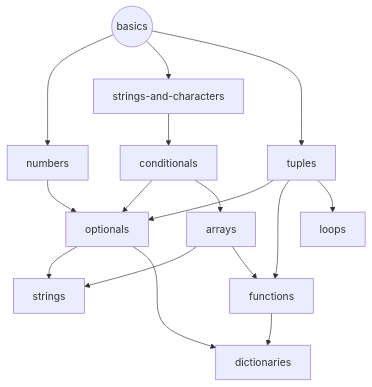
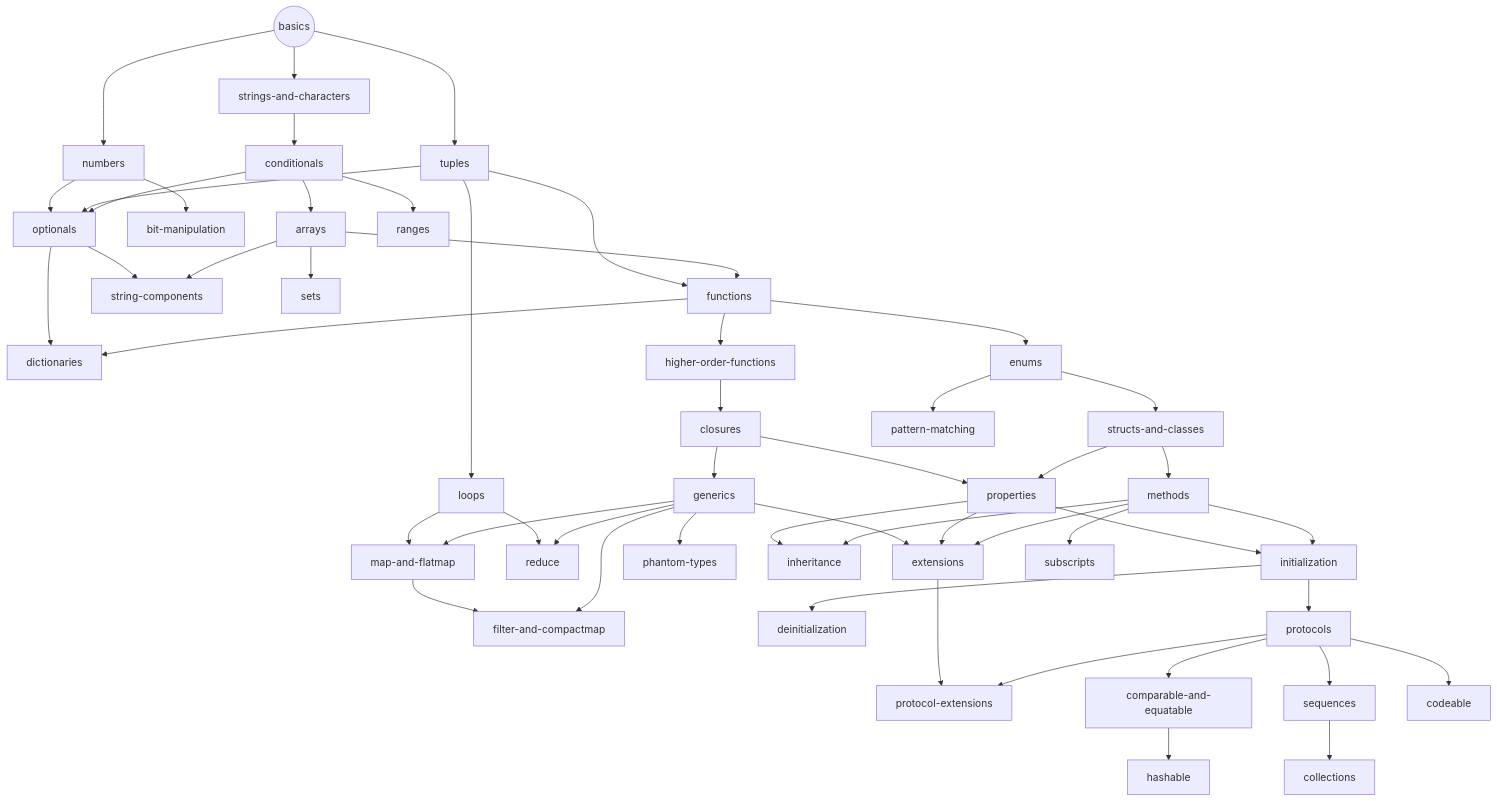
Before and after one commit to exercism/v3: the diagram in languages/swift/reference/progression.md, drawn with Mermaid.

Commit message:
Added more concept exercises to the progression flow plan.

````diff
--- a/languages/swift/reference/progression.md
+++ b/languages/swift/reference/progression.md
@@ -14,24 +14,73 @@
 ```mermaid
 graph TD
 
 Start((basics)) --> numbers
 Start((basics)) --> strings-and-characters
 Start((basics)) --> tuples
 
 numbers --> optionals
+numbers --> bit-manipulation
 strings-and-characters --> conditionals
 tuples --> optionals
 tuples --> functions
 tuples --> loops
 
+loops --> map-and-flatmap
+loops --> reduce
+
+map-and-flatmap --> filter-and-compactmap
+
 conditionals --> optionals
 conditionals --> arrays
+conditionals --> ranges
 
-optionals --> strings
+optionals --> string-components
 optionals --> dictionaries
 
-arrays --> strings
+arrays --> string-components
 arrays --> functions
+arrays --> sets
 
 functions --> dictionaries
+functions --> higher-order-functions
+functions --> enums
+
+higher-order-functions --> closures
+
+enums --> structs-and-classes
+enums --> pattern-matching
+
+closures --> properties
+closures --> generics
+
+structs-and-classes --> methods
+structs-and-classes --> properties
+
+generics --> map-and-flatmap
+generics --> filter-and-compactmap
+generics --> reduce
+generics --> extensions
+generics --> phantom-types
+
+properties --> inheritance
+properties --> initialization
+properties --> extensions
+
+methods --> inheritance
+methods --> initialization
+methods --> extensions
+methods --> subscripts
+
+initialization --> deinitialization
+initialization --> protocols
+
+extensions --> protocol-extensions
+
+protocols --> protocol-extensions
+protocols --> comparable-and-equatable
+protocols --> sequences
+protocols --> codeable
+
+comparable-and-equatable --> hashable
+sequences --> collections
 ```
````
